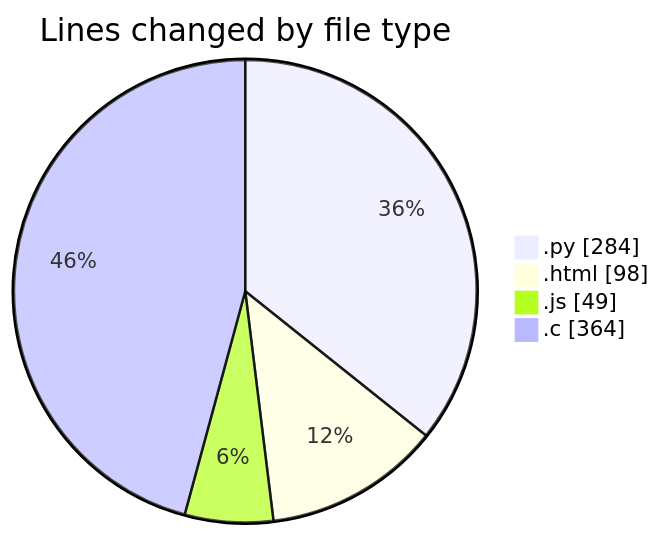
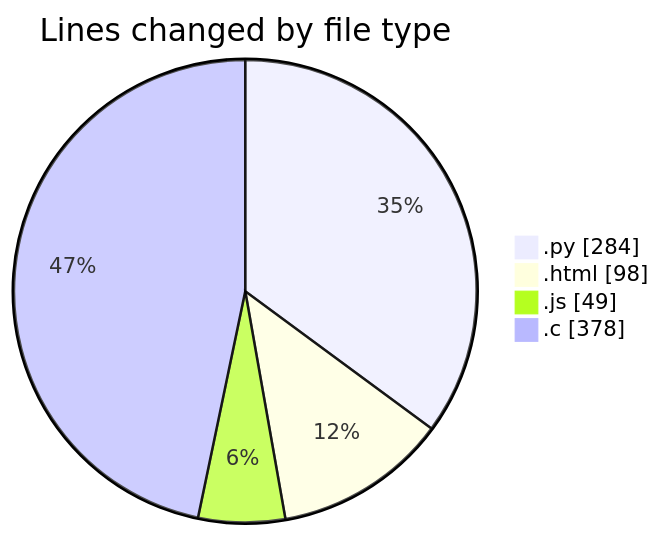
The first of 2 diagrams in 2025-01-21/projects/README.md (Ritupan-Deka/code-tracking), drawn with Mermaid before and after one commit. The commit also changed other lines of this file and 1 other file, not shown here.

````diff
--- a/2025-01-21/projects/README.md
+++ b/2025-01-21/projects/README.md
@@ -31,8 +31,8 @@
 ```mermaid
 pie showData
 title Lines changed by file type
 ".py" : 284
 ".html" : 98
 ".js" : 49
-".c" : 364
+".c" : 378
 ```
````
